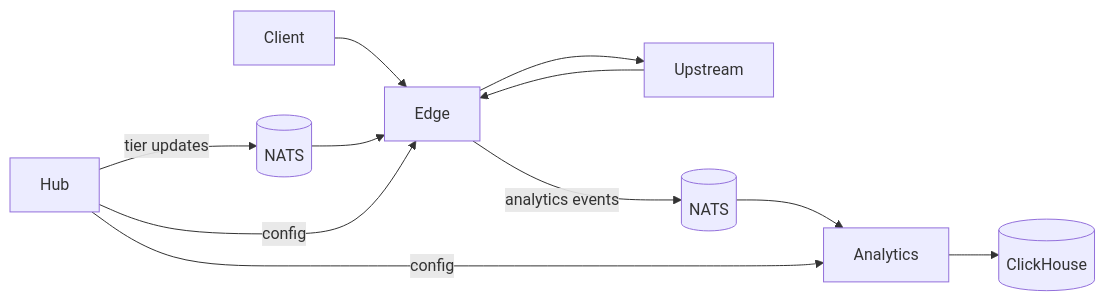
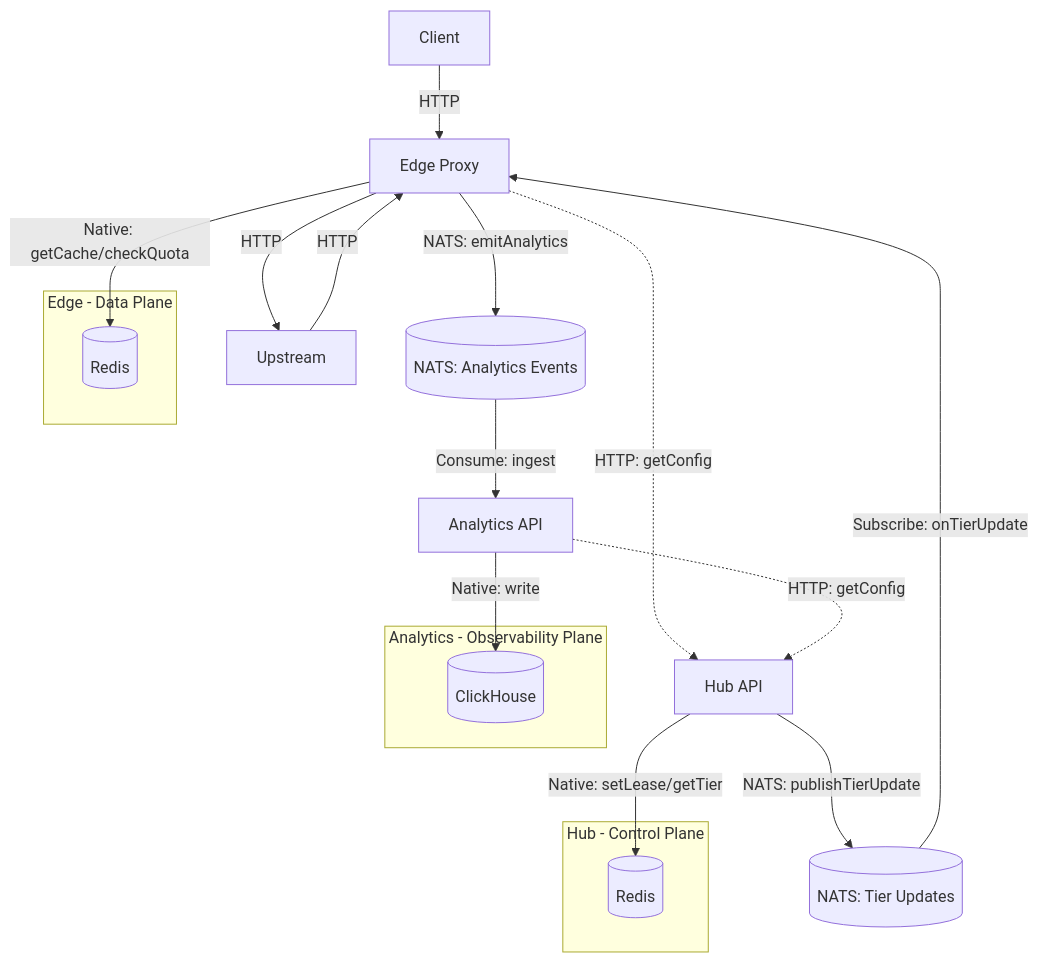
One commit to erdnuz/gateway changed the diagram in docs/architecture.md. Above: the diagram before and after it, drawn with Mermaid. The commit also changed 44 other files, not shown here.

````diff
--- a/docs/architecture.md
+++ b/docs/architecture.md
@@ -38,16 +38,33 @@
 ```mermaid
-flowchart LR
-  C[Client] --> E[Edge]
-  E --> U[Upstream]
-  U --> E
+flowchart TD
+    subgraph Hub [Hub - Control Plane]
+        H_S[(Redis)]
+    end
 
-  H[Hub] -->|tier updates| N1[(NATS)]
-  N1 --> E
+    subgraph Edge [Edge - Data Plane]
+        E_S[(Redis)]
+    end
 
-  E -->|analytics events| N2[(NATS)]
-  N2 --> A[Analytics]
-  A --> CH[(ClickHouse)]
+    subgraph Analytics [Analytics - Observability Plane]
+        A_S[(ClickHouse)]
+    end
 
-  H -->|config| E
-  H -->|config| A
+    C[Client] -->|HTTP| E_Proxy[Edge Proxy]
+    E_Proxy -->|HTTP| U[Upstream]
+    U -->|HTTP| E_Proxy
+
+    E_Proxy -.->|HTTP: getConfig| H_API[Hub API]
+    A_API[Analytics API] -.->|HTTP: getConfig | H_API
+    
+    NATS_Tier[(NATS: Tier Updates)]
+    H_API -->|NATS: publishTierUpdate| NATS_Tier
+    NATS_Tier -->|Subscribe: onTierUpdate| E_Proxy
+
+    NATS_Events[(NATS: Analytics Events)]
+    E_Proxy -->|NATS: emitAnalytics| NATS_Events
+    NATS_Events -->|Consume: ingest| A_API
+    A_API -->|Native: write| A_S
+
+    H_API -->|Native: setLease/getTier| H_S
+    E_Proxy -->|Native: getCache/checkQuota| E_S
 ```
````
